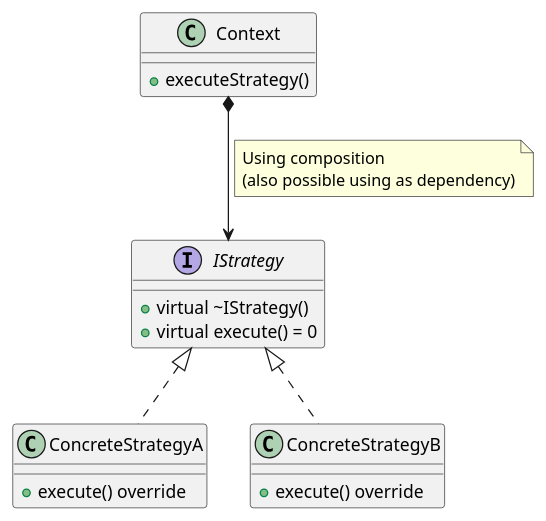
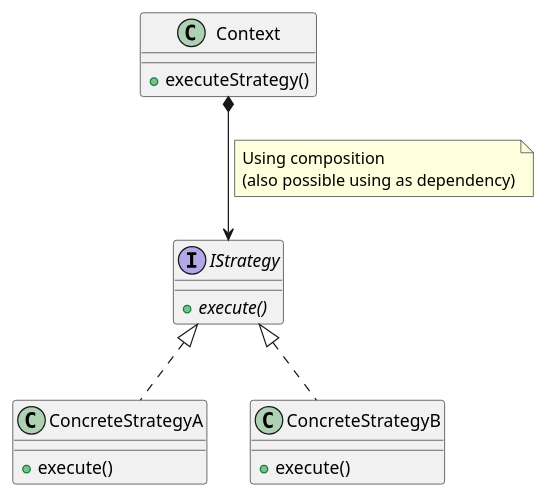
Before and after one commit to hugorbarbosa/cpp-design-patterns: the diagram in designPatterns/Strategy/assets/Strategy_diagram.puml, drawn with PlantUML. The commit also changed 28 other files, not shown here.

```diff
--- a/designPatterns/Strategy/assets/Strategy_diagram.puml
+++ b/designPatterns/Strategy/assets/Strategy_diagram.puml
@@ -1,30 +1,29 @@
 @startuml Strategy_diagram
 
 class Context {
     + executeStrategy()
 }
 
 interface IStrategy {
-    + virtual ~IStrategy()
-    + virtual execute() = 0
+    + {abstract} execute()
 }
 
 Context *--> IStrategy
 note left on link
 Using composition
 (also possible using as dependency)
 end note
 
 class ConcreteStrategyA {
-    + execute() override
+    + execute()
 }
 
 IStrategy <|.. ConcreteStrategyA
 
 class ConcreteStrategyB {
-    + execute() override
+    + execute()
 }
 
 IStrategy <|.. ConcreteStrategyB
 
 @enduml
```
